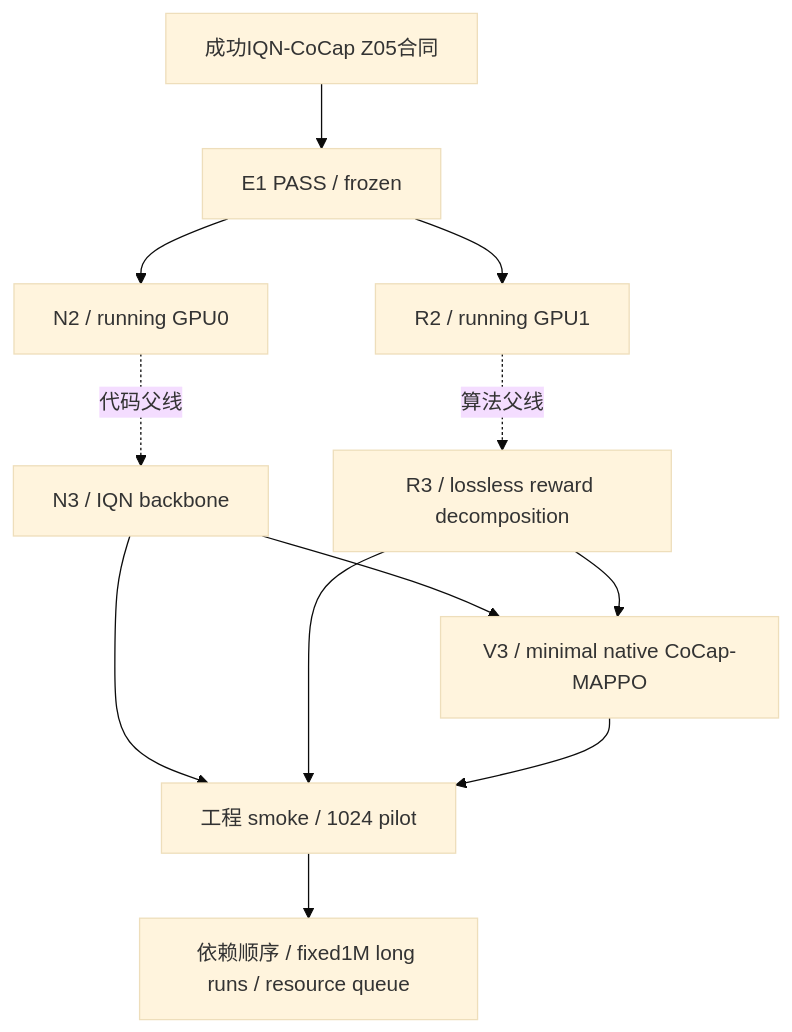
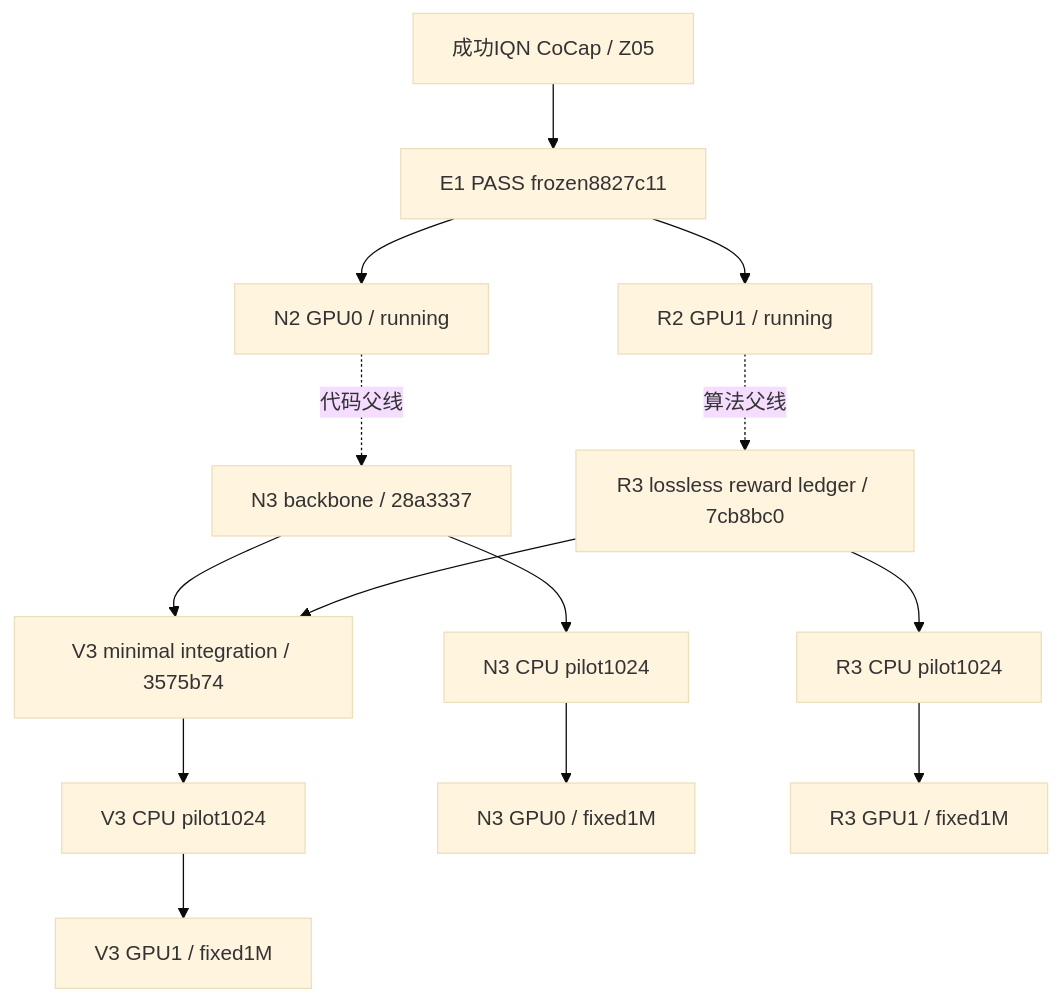
One commit to Jayyeah/cocap-voradj changed the diagram in docs/ops/COCAP_MAPPO_BATCH02_DAG_20261011_ZH.md. Above: the diagram before and after it, drawn with Mermaid (base theme). The commit also changed other lines of this file and 7 other files, not shown here.

Commit message:
ops(batch02): register V3 integration and authorized native pilots long runs

````diff
--- a/docs/ops/COCAP_MAPPO_BATCH02_DAG_20261011_ZH.md
+++ b/docs/ops/COCAP_MAPPO_BATCH02_DAG_20261011_ZH.md
@@ -7,14 +7,16 @@
 ```mermaid
 flowchart TD
-  I[成功IQN-CoCap Z05合同] --> E[E1 PASS / frozen]
-  E --> N2[N2 / running GPU0]
-  E --> R2[R2 / running GPU1]
-  N2 -. 代码父线 .-> N3[N3 / IQN backbone]
-  R2 -. 算法父线 .-> R3[R3 / lossless reward decomposition]
-  N3 --> V3[V3 / minimal native CoCap-MAPPO]
+  I[成功IQN CoCap / Z05] --> E[E1 PASS frozen8827c11]
+  E --> N2[N2 GPU0 / running]
+  E --> R2[R2 GPU1 / running]
+  N2 -. 代码父线 .-> N3[N3 backbone / 28a3337]
+  R2 -. 算法父线 .-> R3[R3 lossless reward ledger / 7cb8bc0]
+  N3 --> V3[V3 minimal integration / 3575b74]
   R3 --> V3
-  N3 --> P[工程 smoke / 1024 pilot]
-  R3 --> P
-  V3 --> P
-  P --> L[依赖顺序 / fixed1M long runs / resource queue]
+  N3 --> P1[N3 CPU pilot1024]
+  R3 --> P2[R3 CPU pilot1024]
+  V3 --> P3[V3 CPU pilot1024]
+  P1 --> L1[N3 GPU0 / fixed1M]
+  P2 --> L2[R3 GPU1 / fixed1M]
+  P3 --> L3[V3 GPU1 / fixed1M]
 ```
````
